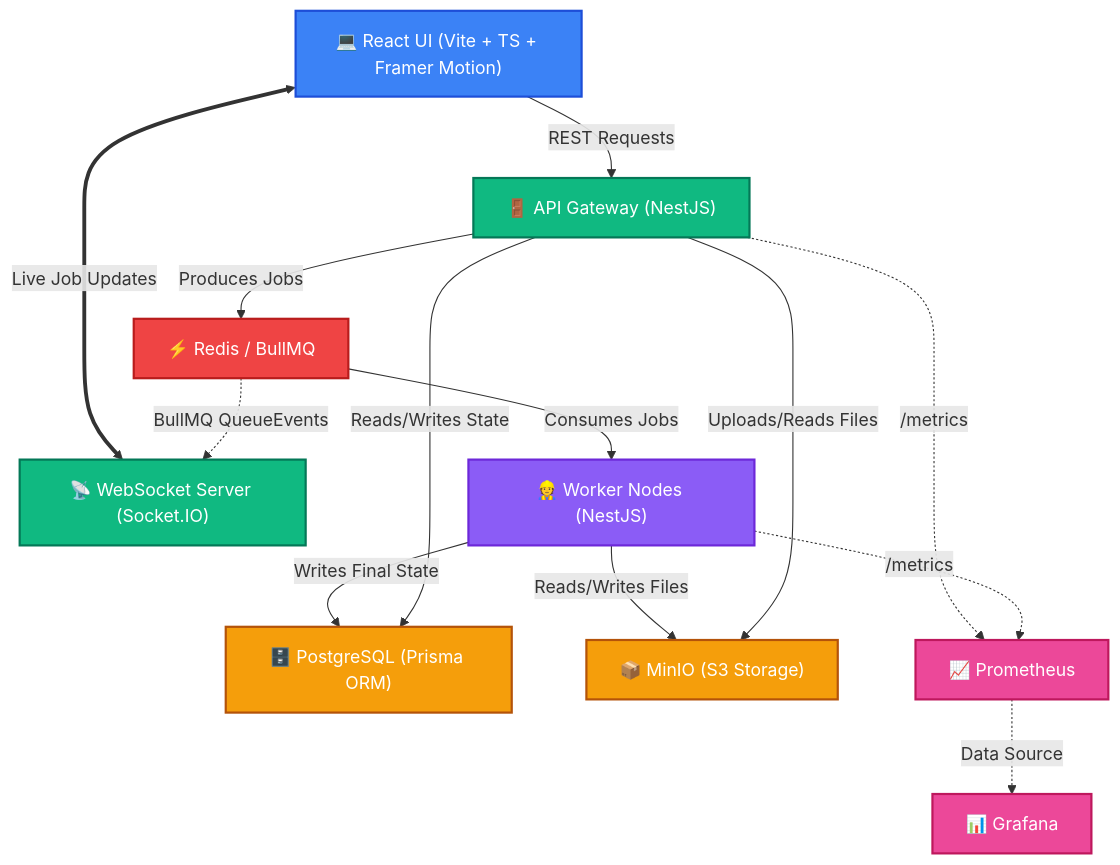
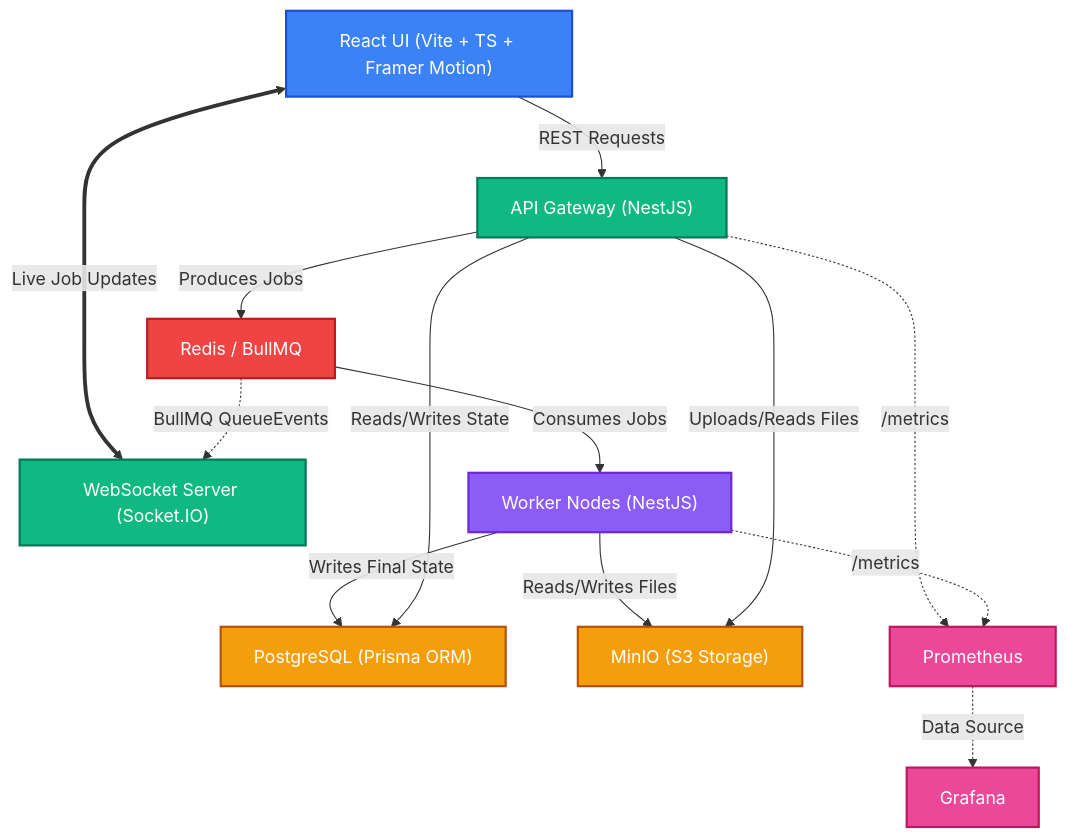
One commit to pranshu1411/PulseQ changed the diagram in README.md. Above: the diagram before and after it, drawn with Mermaid.

````diff
--- a/README.md
+++ b/README.md
@@ -31,40 +31,40 @@
 ```mermaid
 flowchart TD
     classDef frontend fill:#3b82f6,stroke:#1d4ed8,stroke-width:2px,color:#fff
     classDef backend fill:#10b981,stroke:#047857,stroke-width:2px,color:#fff
     classDef worker fill:#8b5cf6,stroke:#6d28d9,stroke-width:2px,color:#fff
     classDef storage fill:#f59e0b,stroke:#b45309,stroke-width:2px,color:#fff
     classDef queue fill:#ef4444,stroke:#b91c1c,stroke-width:2px,color:#fff
     classDef metrics fill:#ec4899,stroke:#be185d,stroke-width:2px,color:#fff
     
-    UI["💻 React UI (Vite + TS + Framer Motion)"]:::frontend
-    Gateway["🚪 API Gateway (NestJS)"]:::backend
-    SocketIO["📡 WebSocket Server (Socket.IO)"]:::backend
+    UI["React UI (Vite + TS + Framer Motion)"]:::frontend
+    Gateway["API Gateway (NestJS)"]:::backend
+    SocketIO["WebSocket Server (Socket.IO)"]:::backend
     
-    Queue["⚡ Redis / BullMQ"]:::queue
-    Worker["👷 Worker Nodes (NestJS)"]:::worker
+    Queue["Redis / BullMQ"]:::queue
+    Worker["Worker Nodes (NestJS)"]:::worker
     
-    DB["🗄️ PostgreSQL (Prisma ORM)"]:::storage
-    MinIO["📦 MinIO (S3 Storage)"]:::storage
+    DB["PostgreSQL (Prisma ORM)"]:::storage
+    MinIO["MinIO (S3 Storage)"]:::storage
     
-    Prometheus["📈 Prometheus"]:::metrics
-    Grafana["📊 Grafana"]:::metrics
+    Prometheus["Prometheus"]:::metrics
+    Grafana["Grafana"]:::metrics
     
     UI -- "REST Requests" --> Gateway
     UI <== "Live Job Updates" ==> SocketIO
     
     Gateway -- "Produces Jobs" --> Queue
     Queue -- "Consumes Jobs" --> Worker
     
     Worker -- "Writes Final State" --> DB
     Gateway -- "Reads/Writes State" --> DB
     
     Worker -- "Reads/Writes Files" --> MinIO
     Gateway -- "Uploads/Reads Files" --> MinIO
     
     Queue -. "BullMQ QueueEvents" .-> SocketIO
     
     Gateway -. "/metrics" .-> Prometheus
     Worker -. "/metrics" .-> Prometheus
     Prometheus -. "Data Source" .-> Grafana
 ```
````
